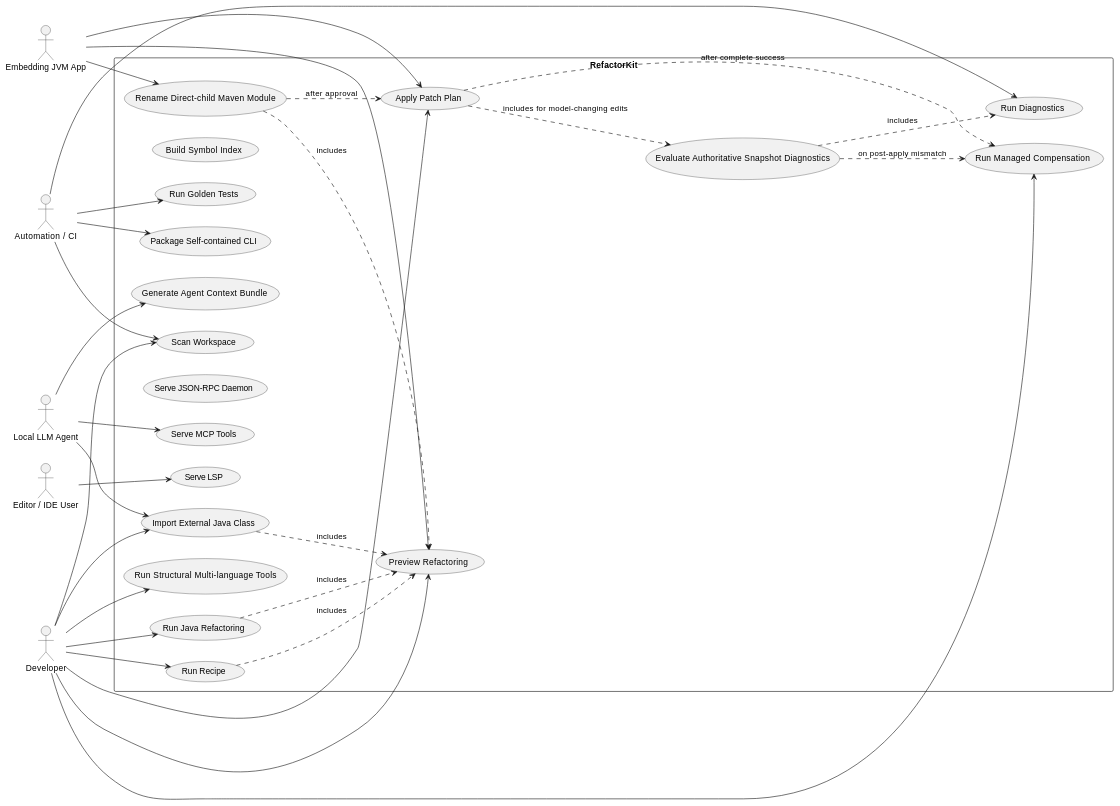
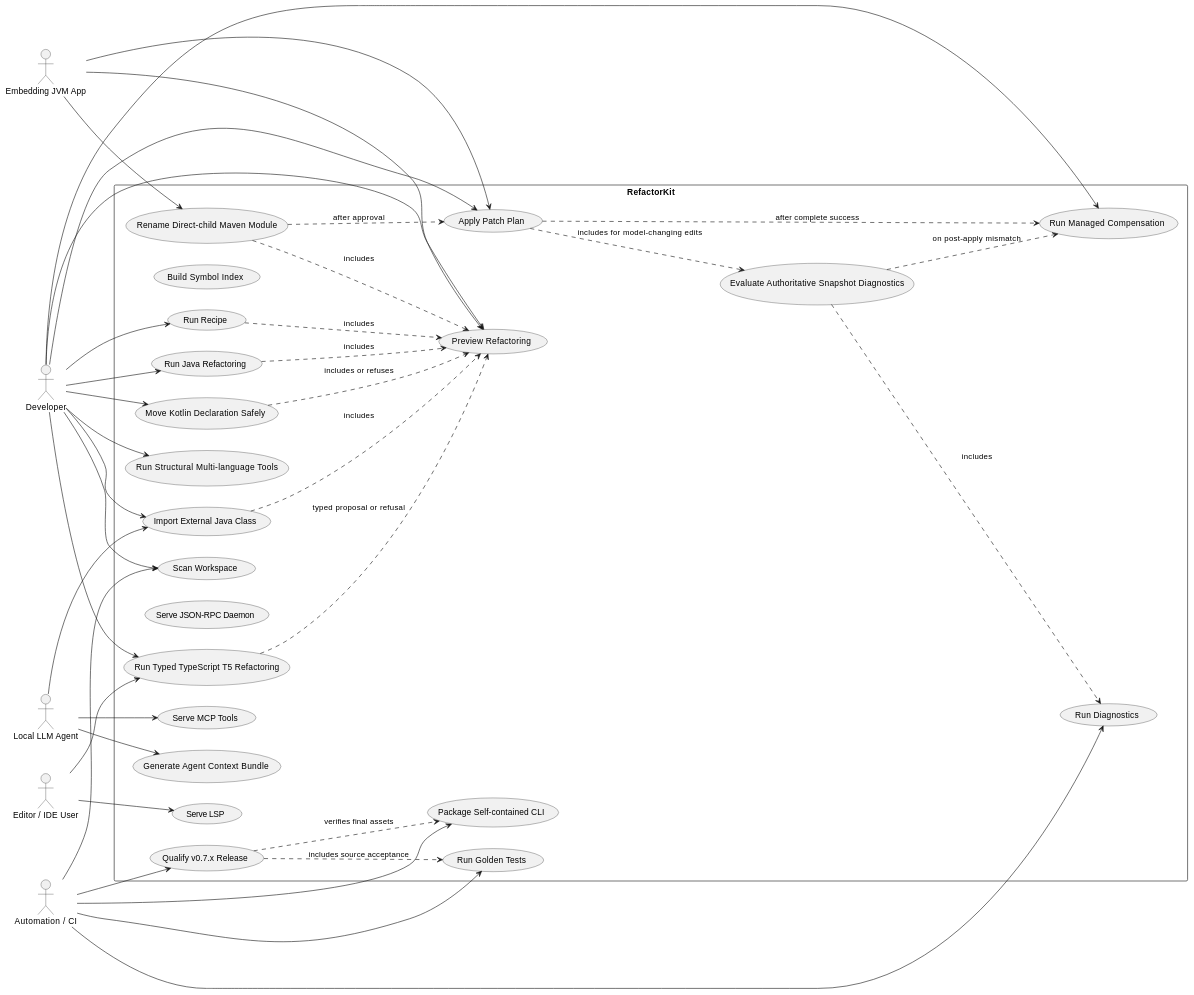
The diagram in docs/arc42/appendix-requirements.adoc (mgiustiniani/refactorkit), drawn with PlantUML before and after one commit. The commit also changed other lines of this file and 16 other files, not shown here.

```diff
--- a/docs/arc42/appendix-requirements.adoc
+++ b/docs/arc42/appendix-requirements.adoc
@@ -108,59 +232,70 @@
 [source,plantuml]
 ----
 @startuml
 left to right direction
 actor Developer
 actor "Automation / CI" as CI
 actor "Editor / IDE User" as IDEUser
 actor "Local LLM Agent" as Agent
 actor "Embedding JVM App" as App
 rectangle RefactorKit {
   usecase "Scan Workspace" as UC_SCAN
   usecase "Build Symbol Index" as UC_SYMBOLS
   usecase "Run Diagnostics" as UC_DIAG
   usecase "Evaluate Authoritative Snapshot Diagnostics" as UC_AUTH_DIAG
   usecase "Preview Refactoring" as UC_PREVIEW
   usecase "Apply Patch Plan" as UC_APPLY
   usecase "Run Managed Compensation" as UC_ROLLBACK
   usecase "Run Java Refactoring" as UC_JAVA
   usecase "Rename Direct-child Maven Module" as UC_MODULE_RENAME
+  usecase "Move Kotlin Declaration Safely" as UC_KOTLIN_MOVE
+  usecase "Run Typed TypeScript T5 Refactoring" as UC_TS_T5
   usecase "Run Recipe" as UC_RECIPE
   usecase "Import External Java Class" as UC_IMPORT
   usecase "Serve JSON-RPC Daemon" as UC_DAEMON
   usecase "Serve LSP" as UC_LSP
   usecase "Serve MCP Tools" as UC_MCP
   usecase "Generate Agent Context Bundle" as UC_CONTEXT
   usecase "Package Self-contained CLI" as UC_PACKAGE
+  usecase "Qualify v0.7.x Release" as UC_V07_QUALIFY
   usecase "Run Golden Tests" as UC_GOLDEN
   usecase "Run Structural Multi-language Tools" as UC_STRUCT
 }
 Developer --> UC_SCAN
 Developer --> UC_PREVIEW
 Developer --> UC_APPLY
 Developer --> UC_ROLLBACK
 Developer --> UC_JAVA
+Developer --> UC_KOTLIN_MOVE
+Developer --> UC_TS_T5
 Developer --> UC_RECIPE
 Developer --> UC_IMPORT
 Developer --> UC_STRUCT
 CI --> UC_SCAN
 CI --> UC_DIAG
 CI --> UC_PACKAGE
+CI --> UC_V07_QUALIFY
 CI --> UC_GOLDEN
 IDEUser --> UC_LSP
+IDEUser --> UC_TS_T5
 Agent --> UC_MCP
 Agent --> UC_CONTEXT
 Agent --> UC_IMPORT
 App --> UC_PREVIEW
 App --> UC_APPLY
 App --> UC_MODULE_RENAME
 UC_APPLY ..> UC_AUTH_DIAG : includes for model-changing edits
 UC_AUTH_DIAG ..> UC_DIAG : includes
 UC_AUTH_DIAG ..> UC_ROLLBACK : on post-apply mismatch
 UC_JAVA ..> UC_PREVIEW : includes
 UC_MODULE_RENAME ..> UC_PREVIEW : includes
 UC_MODULE_RENAME ..> UC_APPLY : after approval
+UC_KOTLIN_MOVE ..> UC_PREVIEW : includes or refuses
+UC_TS_T5 ..> UC_PREVIEW : typed proposal or refusal
 UC_RECIPE ..> UC_PREVIEW : includes
 UC_IMPORT ..> UC_PREVIEW : includes
+UC_V07_QUALIFY ..> UC_PACKAGE : verifies final assets
+UC_V07_QUALIFY ..> UC_GOLDEN : includes source acceptance
 UC_APPLY ..> UC_ROLLBACK : after complete success
 @enduml
 ----
```
